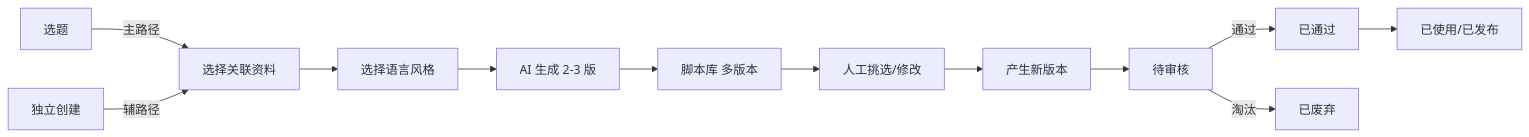
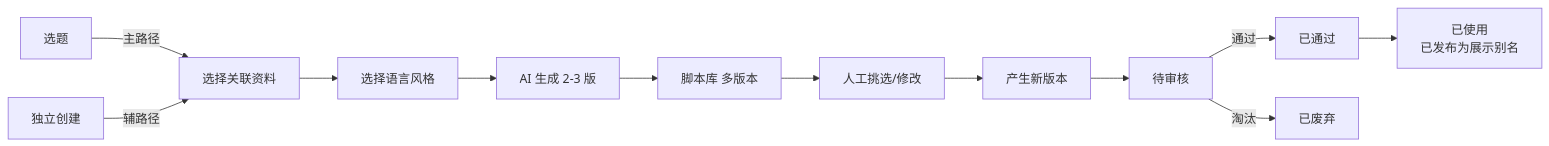
Before and after one commit to lophyJessica/forge-scrm: the first of 2 diagrams in prd-docs/modules/03-脚本库PRD.md, drawn with Mermaid. The commit also changed other lines of this file and 18 other files, not shown here.

Commit message:
docs: 修复审计27项(P0x9/P1x13/P2x5)——口径统一/审核入口/一期权限/Schema对齐

````diff
--- a/prd-docs/modules/03-脚本库PRD.md
+++ b/prd-docs/modules/03-脚本库PRD.md
@@ -27,14 +27,14 @@
 ```mermaid
 flowchart LR
     A[选题] -->|主路径| B[选择关联资料]
     C[独立创建] -->|辅路径| B
     B --> D[选择语言风格]
     D --> E[AI 生成 2-3 版]
     E --> F[脚本库 多版本]
     F --> G[人工挑选/修改]
     G --> H[产生新版本]
     H --> I[待审核]
     I -->|通过| J[已通过]
     I -->|淘汰| K[已废弃]
-    J --> L[已使用/已发布]
+    J --> L[已使用<br/>已发布为展示别名]
 ```
````
